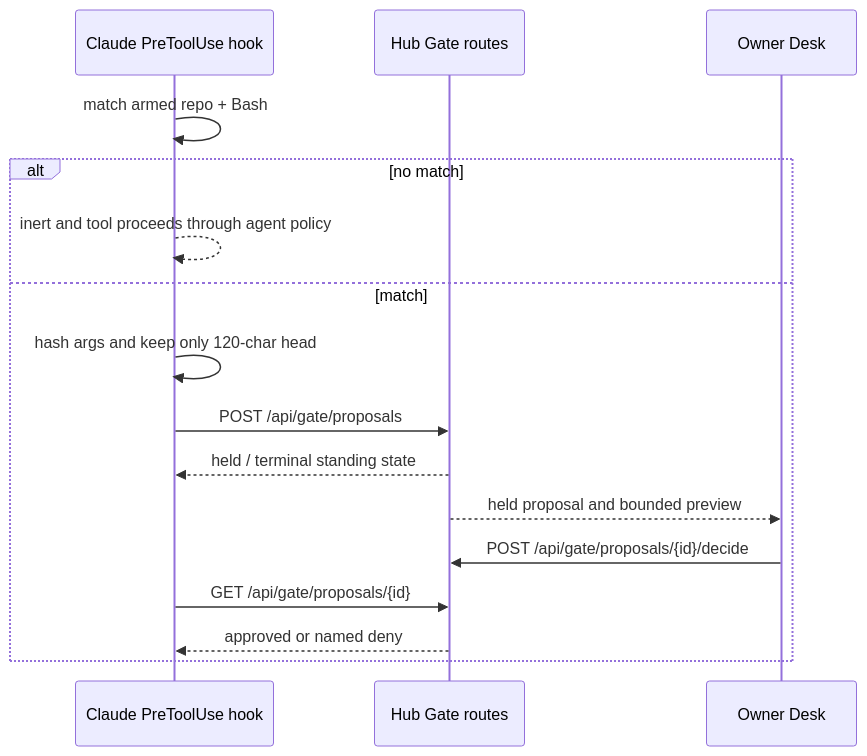
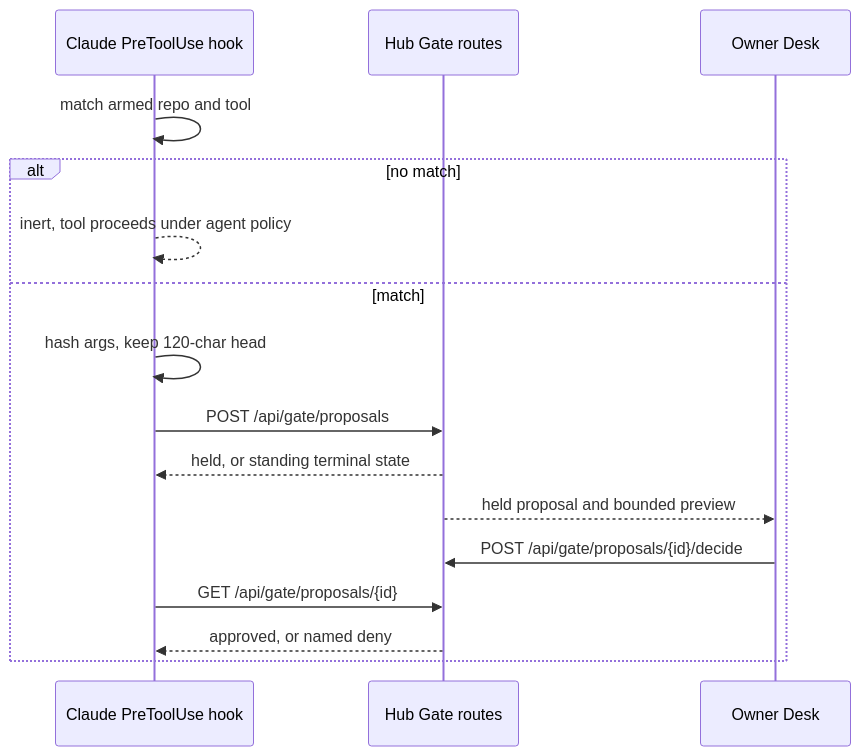
One commit to karolswdev/HoldSpeak changed the diagram in docs/GATE.md. Above: the diagram before and after it, drawn with Mermaid. The commit also changed other lines of this file and 66 other files, not shown here.

````diff
--- a/docs/GATE.md
+++ b/docs/GATE.md
@@ -28,18 +59,18 @@
 ```mermaid
 sequenceDiagram
     participant A as Claude PreToolUse hook
     participant H as Hub Gate routes
     participant O as Owner Desk
-    A->>A: match armed repo + Bash
+    A->>A: match armed repo and tool
     alt no match
-        A-->>A: inert and tool proceeds through agent policy
+        A-->>A: inert, tool proceeds under agent policy
     else match
-        A->>A: hash args and keep only 120-char head
+        A->>A: hash args, keep 120-char head
         A->>H: POST /api/gate/proposals
-        H-->>A: held / terminal standing state
+        H-->>A: held, or standing terminal state
         H-->>O: held proposal and bounded preview
         O->>H: POST /api/gate/proposals/{id}/decide
         A->>H: GET /api/gate/proposals/{id}
-        H-->>A: approved or named deny
+        H-->>A: approved, or named deny
     end
 ```
````
